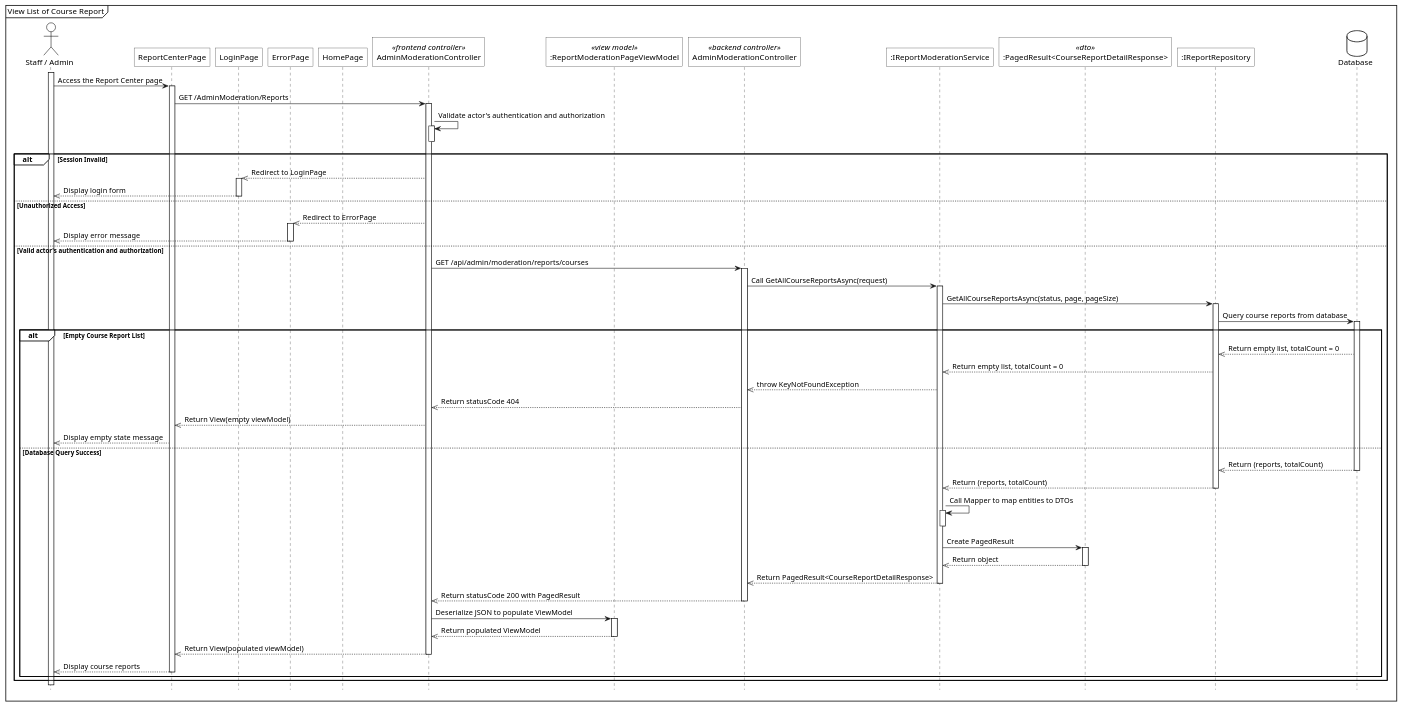
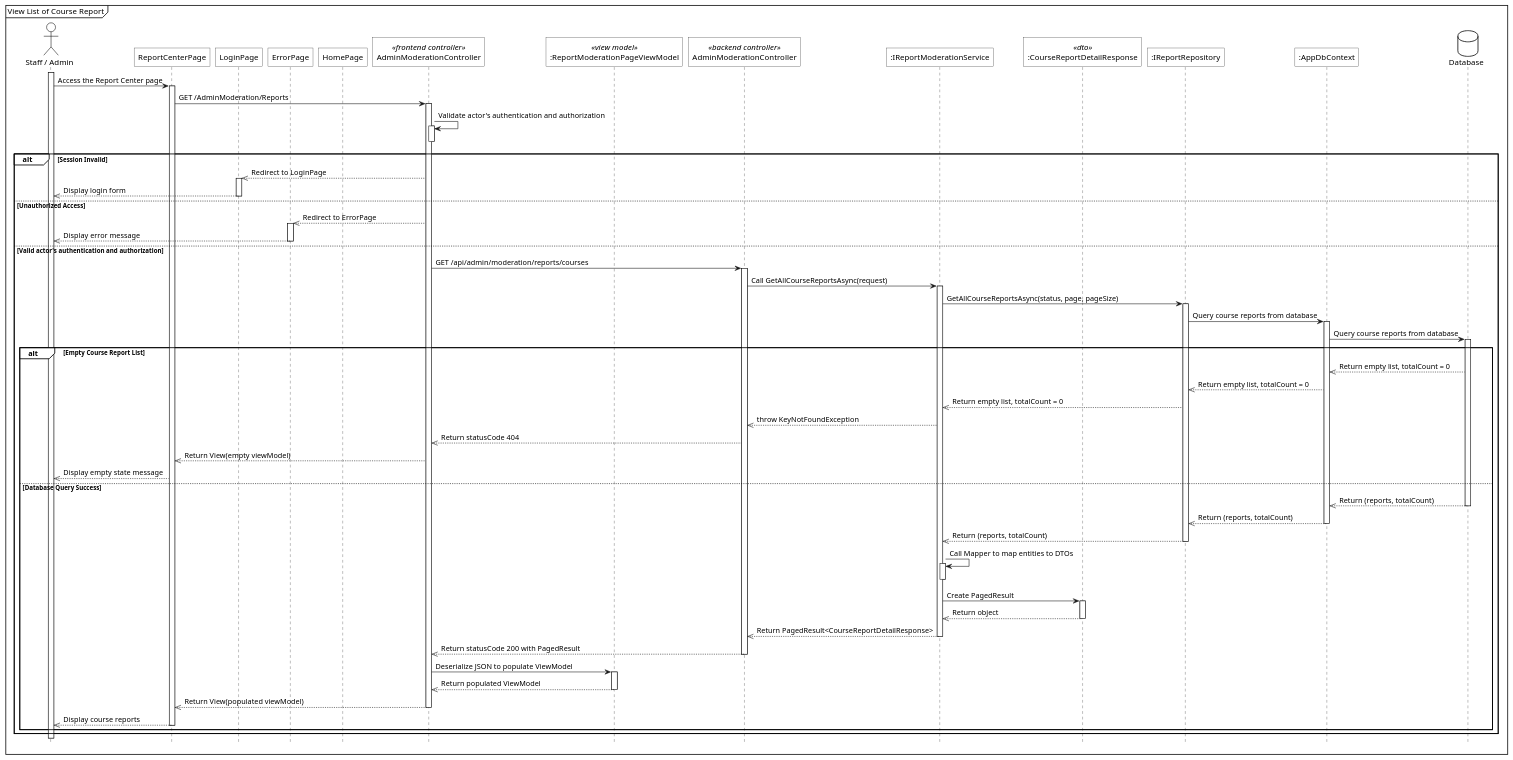
One commit to 1000do/Linked changed the diagram in diagrams/sequence/report/sq_view_course_report_list.plantuml. Above: the diagram before and after it, drawn with PlantUML. The commit also changed 69 other files, not shown here.

Commit message:
update skill sequence, class

```diff
--- a/diagrams/sequence/report/sq_view_course_report_list.plantuml
+++ b/diagrams/sequence/report/sq_view_course_report_list.plantuml
@@ -1,97 +1,103 @@
 @startuml 
 <style>
     sequenceDiagram{
         actor{
             BackgroundColor white
             LineThickness 1.0
         }
         participant{
             BackgroundColor white
             RoundCorner 0
         }
         database{
             BackgroundColor white
         }
         groupHeader{
             BackgroundColor white
         }
         referenceHeader{
             BackgroundColor white
         }
         reference{
             BackgroundColor white
         }
     }
 </style>
 
 hide footbox
 mainframe View List of Course Report
 
 actor "Staff / Admin" as act
 participant "ReportCenterPage" as view
 participant "LoginPage" as login_view
 participant "ErrorPage" as error_view
 participant "HomePage" as home_view
 participant "AdminModerationController" as fe_ctrl <<frontend controller>>
 participant ":ReportModerationPageViewModel" as view_model <<view model>>
 participant "AdminModerationController" as be_ctrl <<backend controller>>
 participant ":IReportModerationService" as sv
-participant ":PagedResult<CourseReportDetailResponse>" as res <<dto>>
+participant ":CourseReportDetailResponse" as res <<dto>>
 participant ":IReportRepository" as repo
+participant ":AppDbContext" as ctx
 database Database as db
 
 act ++
 act -> view++: Access the Report Center page
 view -> fe_ctrl++: GET /AdminModeration/Reports
 
 fe_ctrl -> fe_ctrl++: Validate actor's authentication and authorization
 fe_ctrl--
 
 alt Session Invalid
     fe_ctrl -->> login_view: Redirect to LoginPage
     activate login_view
     login_view -->> act--: Display login form
 else Unauthorized Access
     fe_ctrl -->> error_view: Redirect to ErrorPage
     activate error_view
     error_view -->> act--: Display error message
 else Valid actor's authentication and authorization
 
     fe_ctrl -> be_ctrl++: GET /api/admin/moderation/reports/courses
     be_ctrl -> sv++: Call GetAllCourseReportsAsync(request)
     
     sv -> repo++: GetAllCourseReportsAsync(status, page, pageSize)
-    repo -> db++: Query course reports from database
+    repo -> ctx++: Query course reports from database
+    ctx -> db++: Query course reports from database
     
     alt Empty Course Report List
-        db -->> repo: Return empty list, totalCount = 0
+        db -->> ctx: Return empty list, totalCount = 0
+        ctx -->> repo: Return empty list, totalCount = 0
         repo -->> sv: Return empty list, totalCount = 0
         sv -->> be_ctrl: throw KeyNotFoundException
         be_ctrl -->> fe_ctrl: Return statusCode 404
         fe_ctrl -->> view: Return View(empty viewModel)
         view -->> act: Display empty state message
     else Database Query Success
-        db -->> repo: Return (reports, totalCount)
+        db -->> ctx: Return (reports, totalCount)
         db--
+        ctx -->> repo: Return (reports, totalCount)
+
+        ctx--
         repo -->> sv: Return (reports, totalCount)
         repo--
         
         sv -> sv++: Call Mapper to map entities to DTOs
         sv--
         
         sv -> res++: Create PagedResult
         res -->> sv--: Return object
         
         sv -->> be_ctrl--: Return PagedResult<CourseReportDetailResponse>
         
         be_ctrl -->> fe_ctrl--: Return statusCode 200 with PagedResult
         
         fe_ctrl -> view_model++: Deserialize JSON to populate ViewModel
         view_model -->> fe_ctrl--: Return populated ViewModel
         
         fe_ctrl -->> view--: Return View(populated viewModel)
         
         view -->> act--: Display course reports
     end
 end
 @enduml
```
